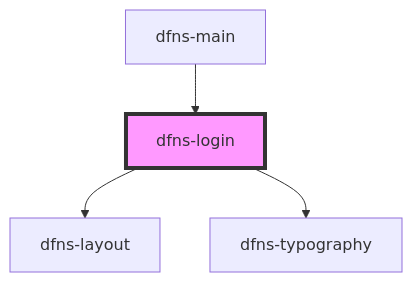
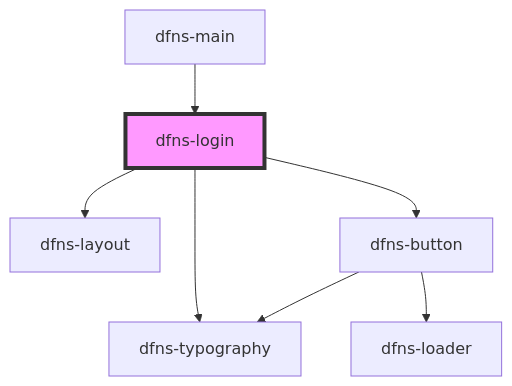
The diagram in src/components/Pages/dfns-login/readme.md (dfnsext/web-ui), drawn with Mermaid before and after one commit. The commit also changed other lines of this file and 94 other files, not shown here.

````diff
--- a/src/components/Pages/dfns-login/readme.md
+++ b/src/components/Pages/dfns-login/readme.md
@@ -34,7 +35,10 @@
 ```mermaid
 graph TD;
   dfns-login --> dfns-layout
   dfns-login --> dfns-typography
+  dfns-login --> dfns-button
+  dfns-button --> dfns-typography
+  dfns-button --> dfns-loader
   dfns-main --> dfns-login
   style dfns-login fill:#f9f,stroke:#333,stroke-width:4px
 ```
````
